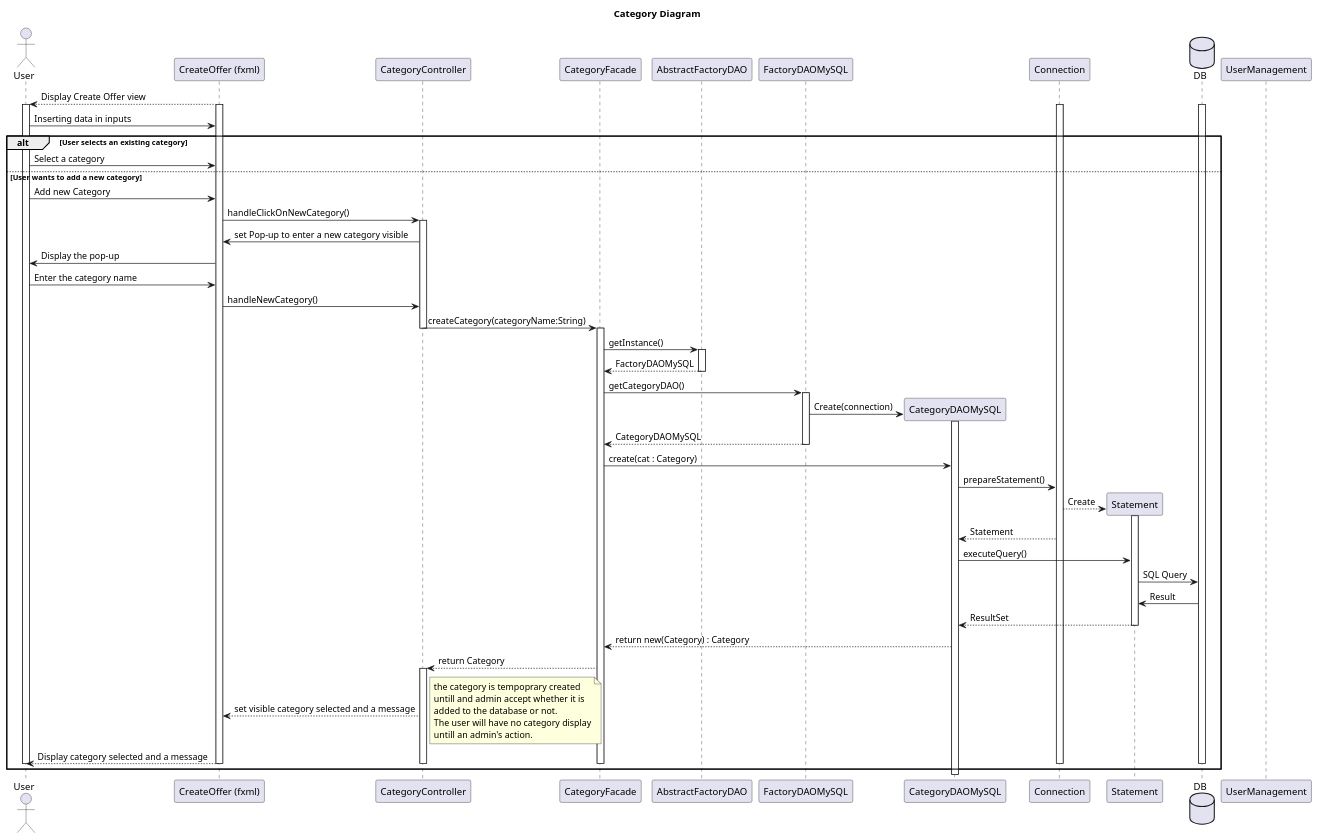
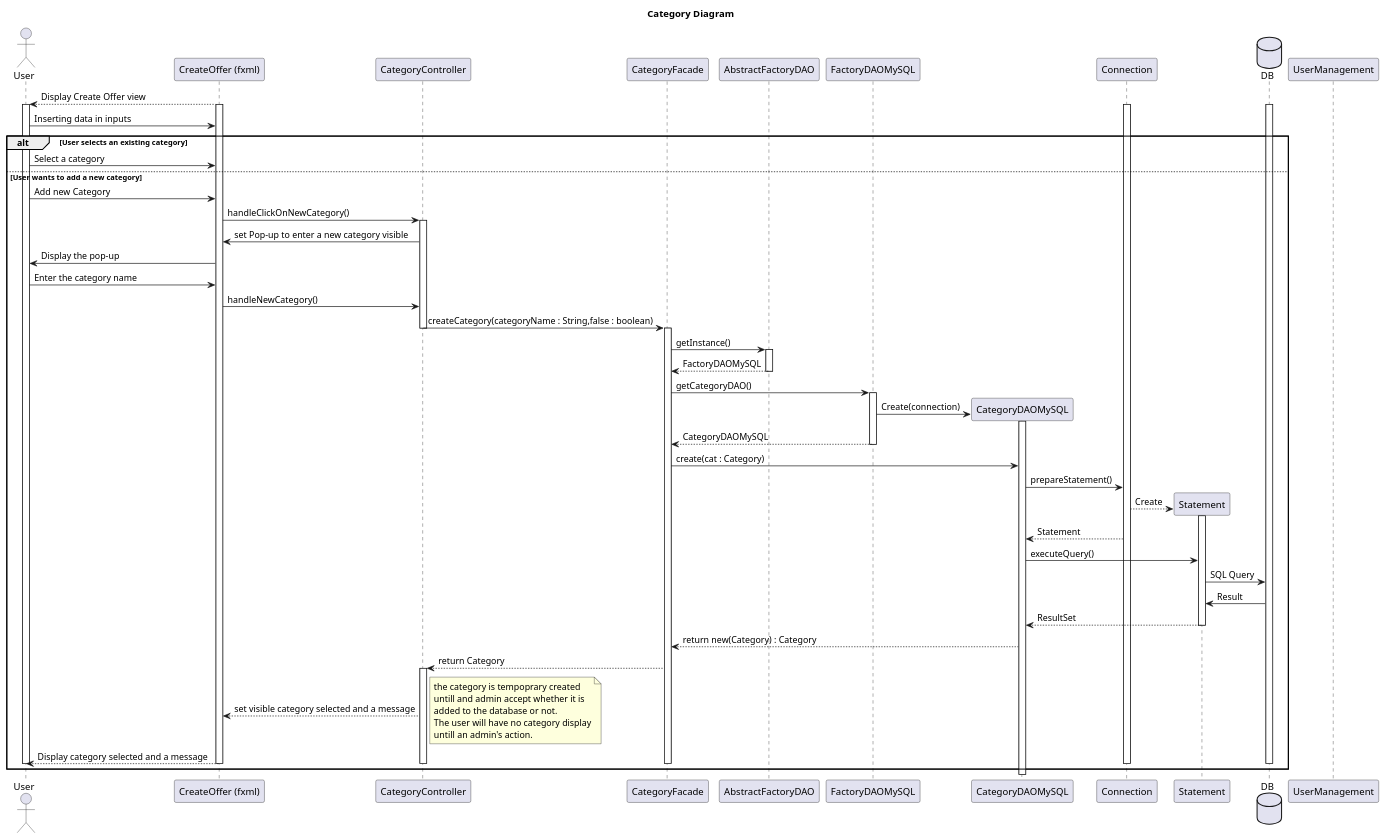
One commit to LaunoisRemy/ToolShare changed the diagram in documents/diagram/category/categorySequence.puml. Above: the diagram before and after it, drawn with PlantUML. The commit also changed 1 other file, not shown here.

Commit message:
Category Class and sequence diagram updated Has update,delete methods and add from an admin now

```diff
--- a/documents/diagram/category/categorySequence.puml
+++ b/documents/diagram/category/categorySequence.puml
@@ -1,120 +1,120 @@
 @startuml
 title Category Diagram
 
 actor User
 participant "CreateOffer (fxml)"
 participant CategoryController
 participant CategoryFacade
 participant AbstractFactoryDAO
 participant FactoryDAOMySQL
 participant CategoryDAOMySQL
 participant Connection
 participant Statement
 database DB
 
 
 "CreateOffer (fxml)"-->User: Display Create Offer view
 
 activate "CreateOffer (fxml)"
 activate User
 activate DB
 activate Connection
 
 User->"CreateOffer (fxml)": Inserting data in inputs
 
 alt User selects an existing category
     User->"CreateOffer (fxml)": Select a category
 else User wants to add a new category
     User ->  "CreateOffer (fxml)":Add new Category
     "CreateOffer (fxml)" -> CategoryController:handleClickOnNewCategory()
     activate CategoryController
 
     CategoryController -> "CreateOffer (fxml)":set Pop-up to enter a new category visible
     "CreateOffer (fxml)" ->User  :Display the pop-up
     User ->  "CreateOffer (fxml)":Enter the category name
     "CreateOffer (fxml)"->CategoryController: handleNewCategory()
-    CategoryController -> CategoryFacade : createCategory(categoryName:String)
+    CategoryController -> CategoryFacade : createCategory(categoryName : String,false : boolean)
 
     deactivate CategoryController
     activate CategoryFacade
 
     CategoryFacade->AbstractFactoryDAO:getInstance()
 
     activate AbstractFactoryDAO
     AbstractFactoryDAO--> CategoryFacade : FactoryDAOMySQL
     deactivate AbstractFactoryDAO
 
     CategoryFacade -> FactoryDAOMySQL:getCategoryDAO()
 
     activate FactoryDAOMySQL
 
     FactoryDAOMySQL->CategoryDAOMySQL **:Create(connection)
 
     activate CategoryDAOMySQL
     FactoryDAOMySQL-->CategoryFacade:CategoryDAOMySQL
 
     deactivate FactoryDAOMySQL
 
     CategoryFacade->CategoryDAOMySQL: create(cat : Category)
 
     CategoryDAOMySQL->Connection: prepareStatement()
 
     Connection-->Statement **: Create
 
     activate Statement
 
     Connection-->CategoryDAOMySQL: Statement
 
 
     CategoryDAOMySQL->Statement:executeQuery()
 
     Statement->DB: SQL Query
 
     DB->Statement:Result
 
     Statement-->CategoryDAOMySQL: ResultSet
 
     deactivate Statement
 
     CategoryDAOMySQL-->CategoryFacade: return new(Category) : Category
 
     CategoryFacade-->CategoryController : return Category
     activate CategoryController
     CategoryController-->"CreateOffer (fxml)":set visible category selected and a message
     note right
         the category is tempoprary created
         untill and admin accept whether it is
         added to the database or not.
         The user will have no category display
         untill an admin's action.
     end note
     "CreateOffer (fxml)"-->User:Display category selected and a message
 
     deactivate CategoryFacade
     deactivate "CreateOffer (fxml)"
     deactivate CategoryController
     deactivate Connection
     deactivate DB
     deactivate UserManagement
     deactivate User
 end
 
 
 
 
 
 
 
 
 
 
 
 
 
 
 
 
 
 
 
 @enduml
```
